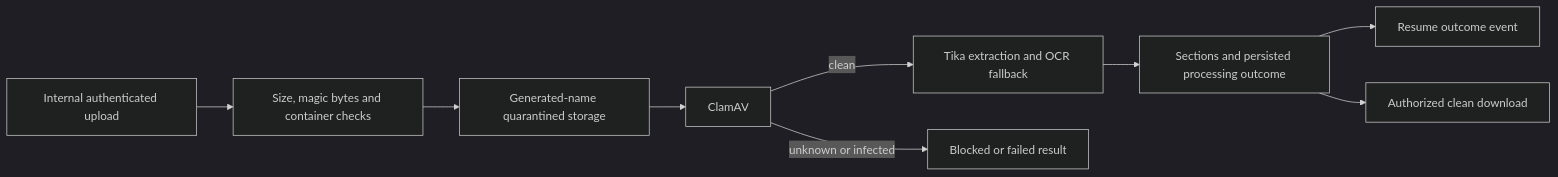
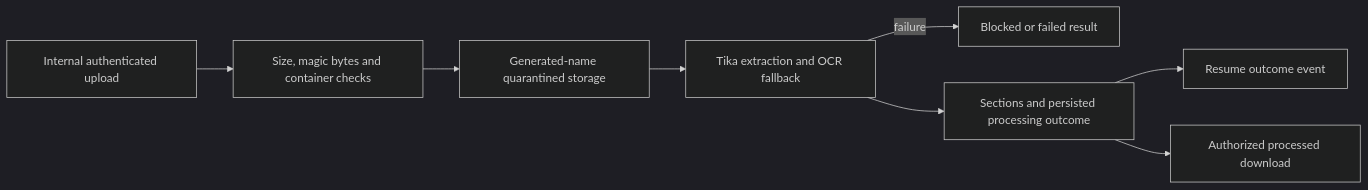
The diagram in docs/services/resume-processor.md (rabiulbiswas/openhire-ai), drawn with Mermaid (dark theme) before and after one commit. The commit also changed other lines of this file and 101 other files, not shown here.

````diff
--- a/docs/services/resume-processor.md
+++ b/docs/services/resume-processor.md
@@ -7,11 +7,10 @@
 ```mermaid
 flowchart LR
     Upload[Internal authenticated upload] --> Validate[Size, magic bytes and container checks]
     Validate --> Quarantine[Generated-name quarantined storage]
-    Quarantine --> Scan[ClamAV]
-    Scan -->|clean| Extract[Tika extraction and OCR fallback]
-    Scan -->|unknown or infected| Block[Blocked or failed result]
+    Quarantine --> Extract[Tika extraction and OCR fallback]
+    Extract -->|failure| Block[Blocked or failed result]
     Extract --> Result[Sections and persisted processing outcome]
     Result --> Event[Resume outcome event]
-    Result --> Download[Authorized clean download]
+    Result --> Download[Authorized processed download]
 ```
````
